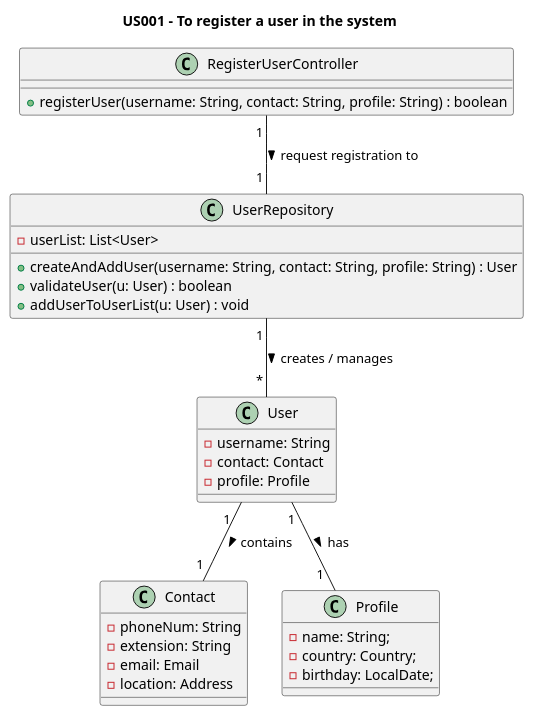
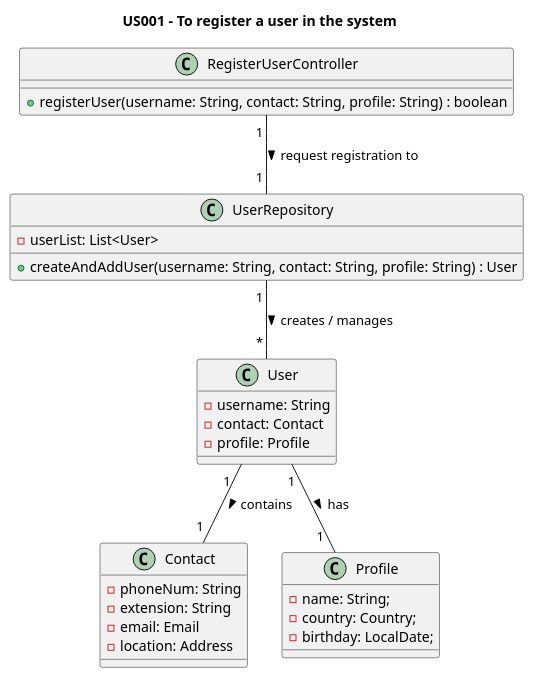
One commit to AndrePereiraGitH/SWitCH-Project-Team_A changed the diagram in Diagrams/ClassDiagrams/US001-to-register-a-user.puml. Above: the diagram before and after it, drawn with PlantUML. The commit also changed 1 other file, not shown here.

Commit message:
Working on #23 #26, Updating Class Diagrams

```diff
--- a/Diagrams/ClassDiagrams/US001-to-register-a-user.puml
+++ b/Diagrams/ClassDiagrams/US001-to-register-a-user.puml
@@ -1,42 +1,42 @@
 @startuml
 title US001 - To register a user in the system
 
 class RegisterUserController {
   +registerUser(username: String, contact: String, profile: String) : boolean
 }
 
 class UserRepository {
   -userList: List<User>
   +createAndAddUser(username: String, contact: String, profile: String) : User
 ' Those methods are part of createAndAddUser
-  +validateUser(u: User) : boolean
-  +addUserToUserList(u: User) : void
+'  -validateUser(u: User) : boolean
+'  -addUserToUserList(u: User) : void
 }
 
 class User {
   -username: String
   -contact: Contact
   -profile: Profile
 }
 
 class Contact {
   -phoneNum: String
   -extension: String
   -email: Email
   -location: Address
 }
 
 
 class Profile {
   -name: String;
   -country: Country;
   -birthday: LocalDate;
 }
 
 ' Interaction
 
 RegisterUserController "1 " -- "1 " UserRepository : request registration to >
 UserRepository "1 " -- " * " User : creates / manages >
 User "1  " -- "1 " Contact : contains >
 User "1" -- "1  " Profile : has >
 @enduml
```
